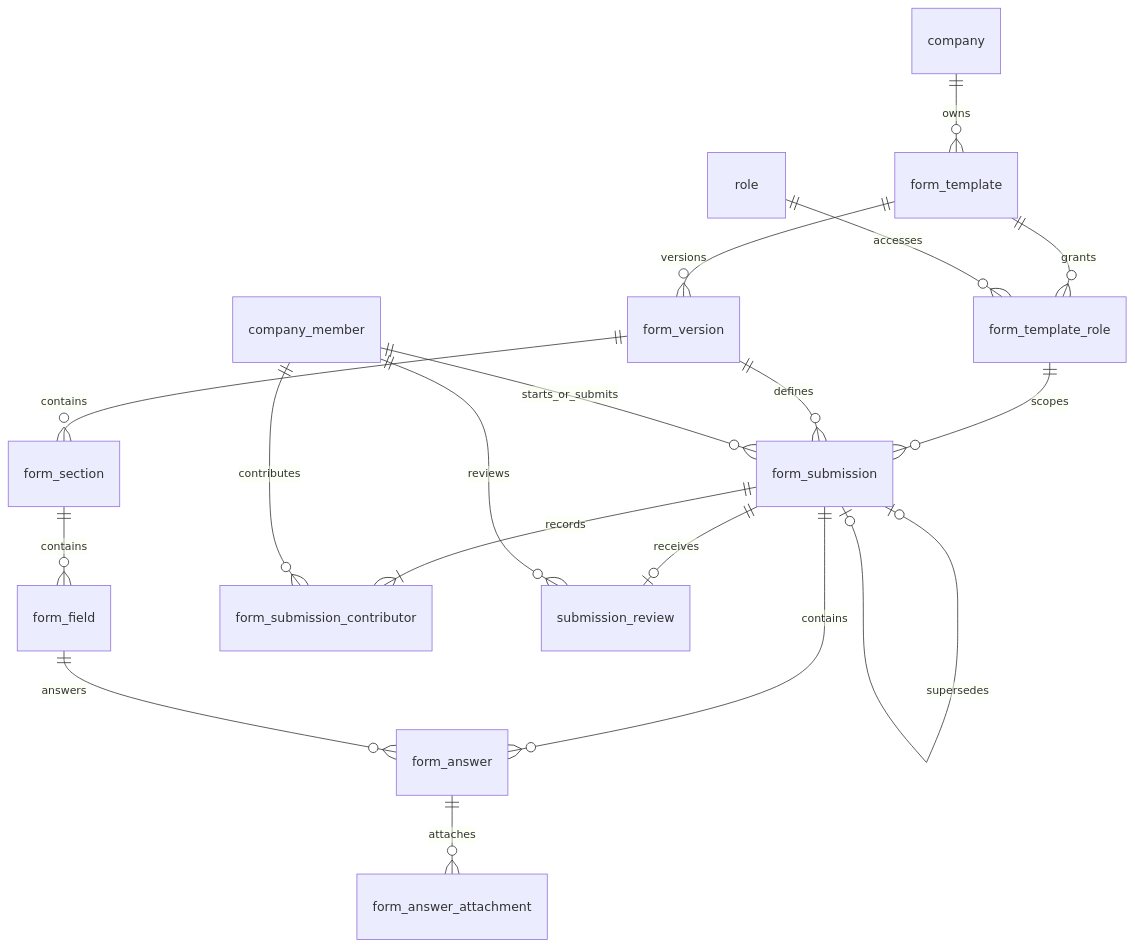
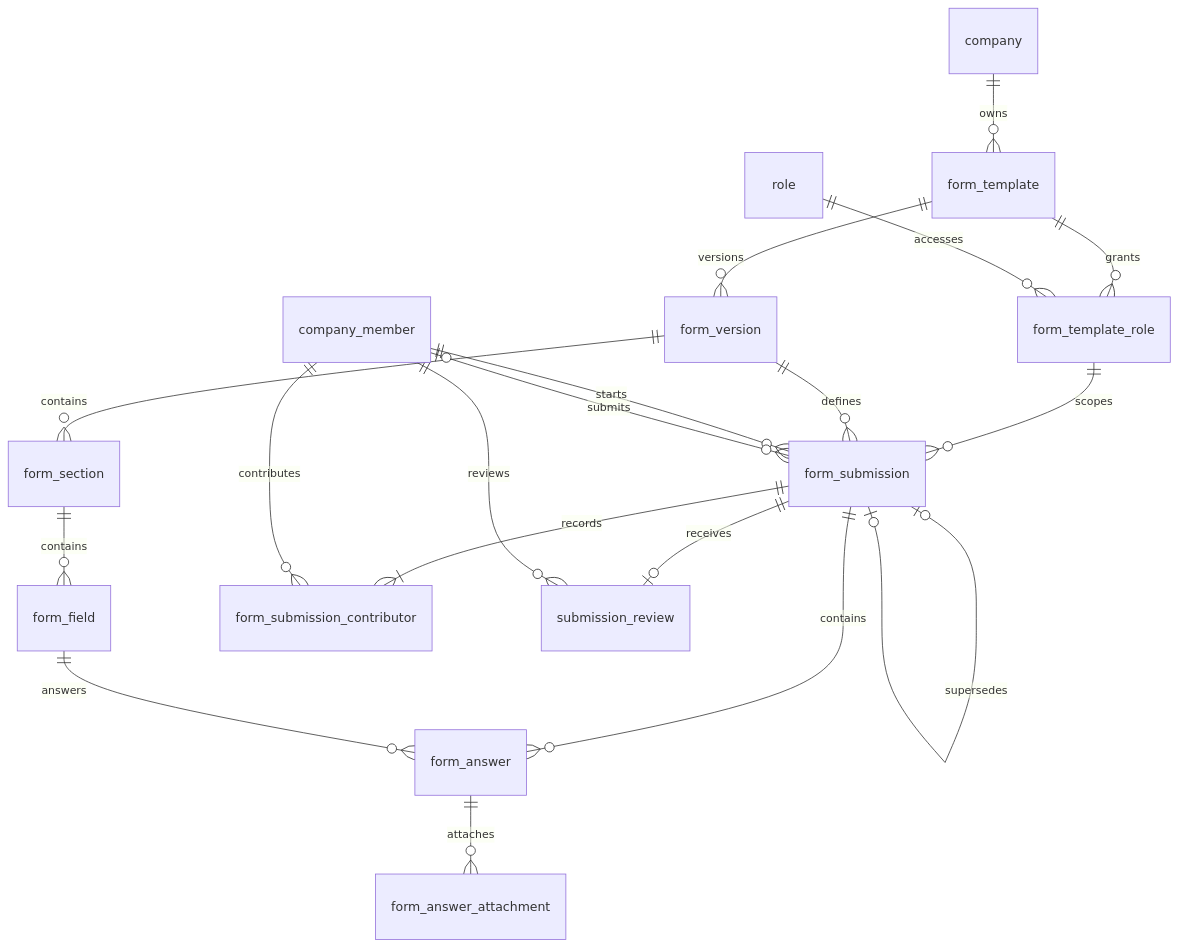
The diagram in packages/domains/docs/inspection-form-design.md (Apisit250aps/mini-security), drawn with Mermaid before and after one commit. The commit also changed other lines of this file and 2 other files, not shown here.

Commit message:
feat: update database schema documentation and ERD to clarify role permissions and submission processes

````diff
--- a/packages/domains/docs/inspection-form-design.md
+++ b/packages/domains/docs/inspection-form-design.md
@@ -30,20 +30,21 @@
 ```mermaid
 erDiagram
     company ||--o{ form_template : owns
     form_template ||--o{ form_template_role : grants
     role ||--o{ form_template_role : accesses
     form_template_role ||--o{ form_submission : scopes
     form_template ||--o{ form_version : versions
     form_version ||--o{ form_section : contains
     form_section ||--o{ form_field : contains
     form_version ||--o{ form_submission : defines
-    company_member ||--o{ form_submission : starts_or_submits
+    company_member ||--o{ form_submission : starts
+    company_member o|--o{ form_submission : submits
     form_submission ||--|{ form_submission_contributor : records
     company_member ||--o{ form_submission_contributor : contributes
     form_submission ||--o{ form_answer : contains
     form_field ||--o{ form_answer : answers
     form_answer ||--o{ form_answer_attachment : attaches
     form_submission ||--o| submission_review : receives
     company_member ||--o{ submission_review : reviews
     form_submission o|--o| form_submission : supersedes
 ```
````
